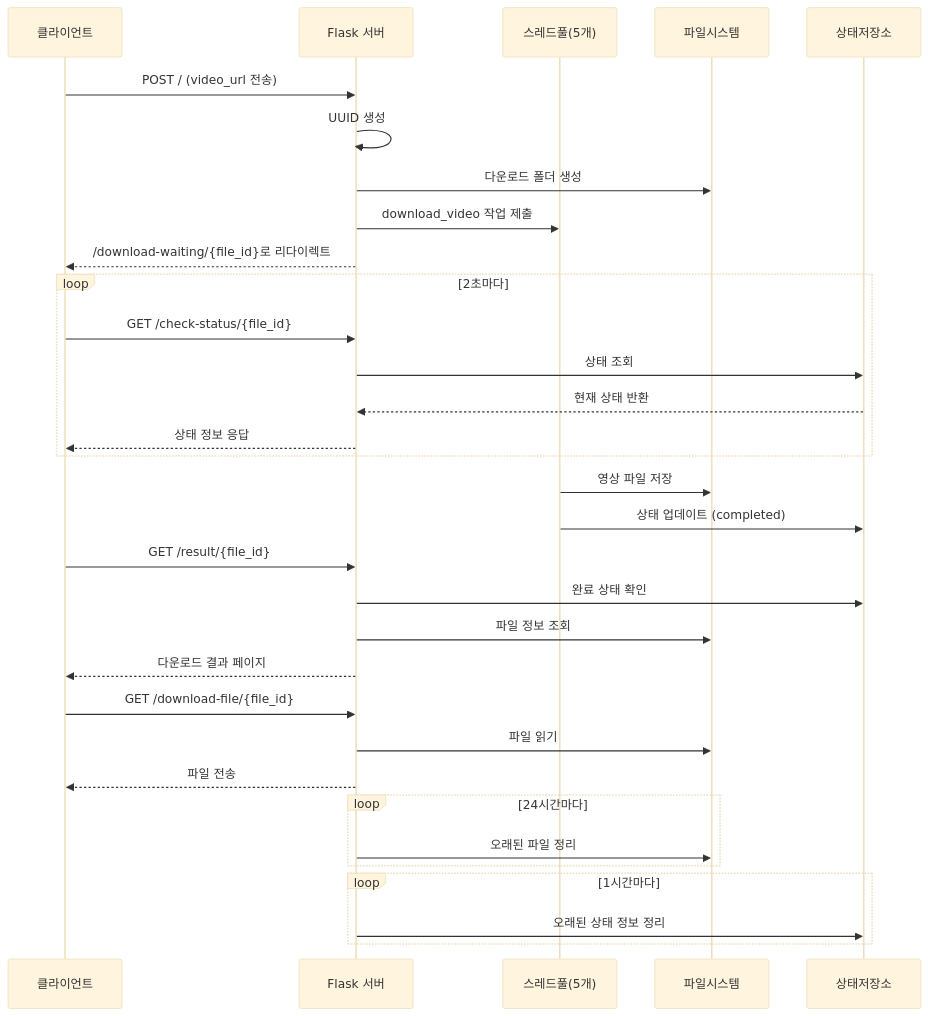
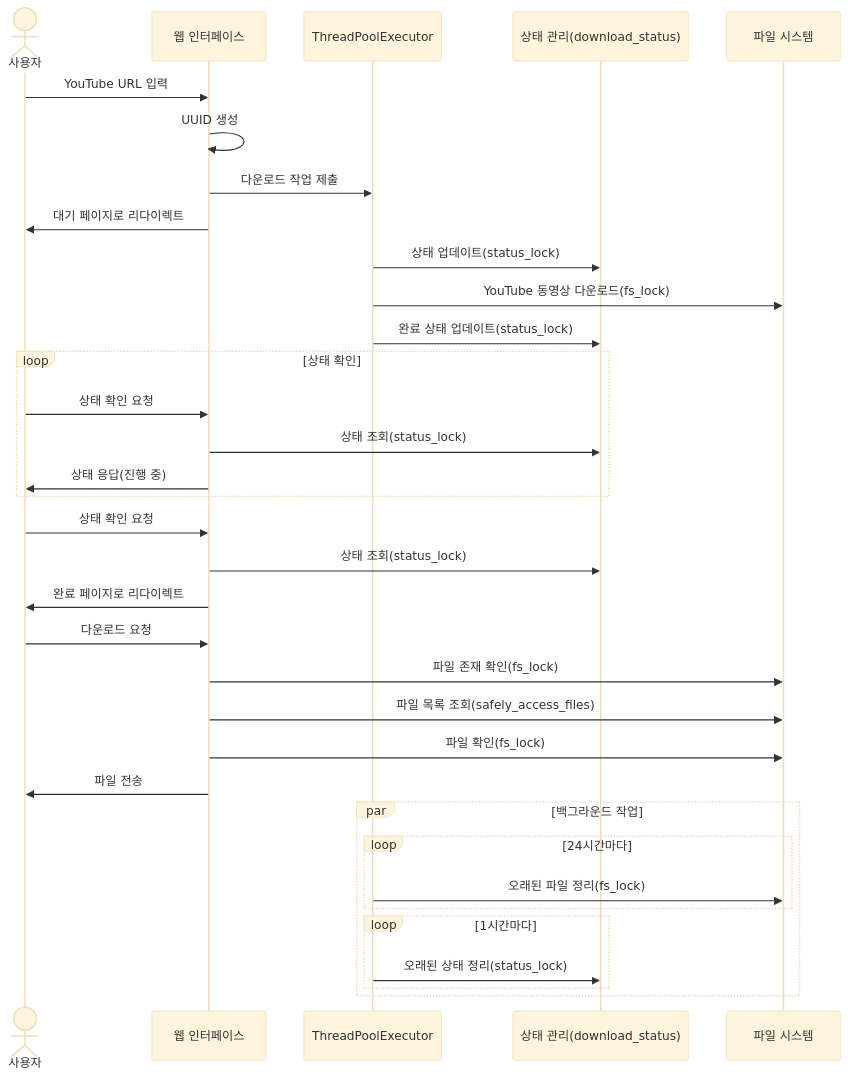
The diagram in README.md (raphaelIl/dl-test), drawn with Mermaid (base theme) before and after one commit. The commit also changed 1 other file, not shown here.

Commit message:
Add thread safety to download status handling and file access

````diff
--- a/README.md
+++ b/README.md
@@ -23,46 +23,43 @@
 ```mermaid
 sequenceDiagram
-    participant Client as 클라이언트
-    participant Flask as Flask 서버
-    participant ThreadPool as 스레드풀(5개)
-    participant Storage as 파일시스템
-    participant Status as 상태저장소
+    actor User as 사용자
+    participant Web as 웹 인터페이스
+    participant Thread as ThreadPoolExecutor
+    participant Status as 상태 관리(download_status)
+    participant FS as 파일 시스템
 
-%% 초기 다운로드 요청
-    Client->>Flask: POST / (video_url 전송)
-    Flask->>Flask: UUID 생성
-    Flask->>Storage: 다운로드 폴더 생성
-    Flask->>ThreadPool: download_video 작업 제출
-    Flask-->>Client: /download-waiting/{file_id}로 리다이렉트
+    User->>Web: YouTube URL 입력
+    Web->>Web: UUID 생성
+    Web->>Thread: 다운로드 작업 제출
+    Web->>User: 대기 페이지로 리다이렉트
 
-%% 다운로드 진행 상태 확인
-    loop 2초마다
-        Client->>Flask: GET /check-status/{file_id}
-        Flask->>Status: 상태 조회
-        Status-->>Flask: 현재 상태 반환
-        Flask-->>Client: 상태 정보 응답
+    Thread->>Status: 상태 업데이트(status_lock)
+    Thread->>FS: YouTube 동영상 다운로드(fs_lock)
+    Thread->>Status: 완료 상태 업데이트(status_lock)
+
+    loop 상태 확인
+        User->>Web: 상태 확인 요청
+        Web->>Status: 상태 조회(status_lock)
+        Web->>User: 상태 응답(진행 중)
     end
 
-%% 다운로드 완료 시
-    ThreadPool->>Storage: 영상 파일 저장
-    ThreadPool->>Status: 상태 업데이트 (completed)
+    User->>Web: 상태 확인 요청
+    Web->>Status: 상태 조회(status_lock)
+    Web->>User: 완료 페이지로 리다이렉트
 
-    Client->>Flask: GET /result/{file_id}
-    Flask->>Status: 완료 상태 확인
-    Flask->>Storage: 파일 정보 조회
-    Flask-->>Client: 다운로드 결과 페이지
+    User->>Web: 다운로드 요청
+    Web->>FS: 파일 존재 확인(fs_lock)
+    Web->>FS: 파일 목록 조회(safely_access_files)
+    Web->>FS: 파일 확인(fs_lock)
+    Web->>User: 파일 전송
 
-%% 파일 다운로드
-    Client->>Flask: GET /download-file/{file_id}
-    Flask->>Storage: 파일 읽기
-    Flask-->>Client: 파일 전송
+    par 백그라운드 작업
+        loop 24시간마다
+            Thread->>FS: 오래된 파일 정리(fs_lock)
+        end
 
-%% 백그라운드 정리 작업
-    loop 24시간마다
-        Flask->>Storage: 오래된 파일 정리
-    end
-
-    loop 1시간마다
-        Flask->>Status: 오래된 상태 정보 정리
+        loop 1시간마다
+            Thread->>Status: 오래된 상태 정리(status_lock)
+        end
     end
 ```
````
